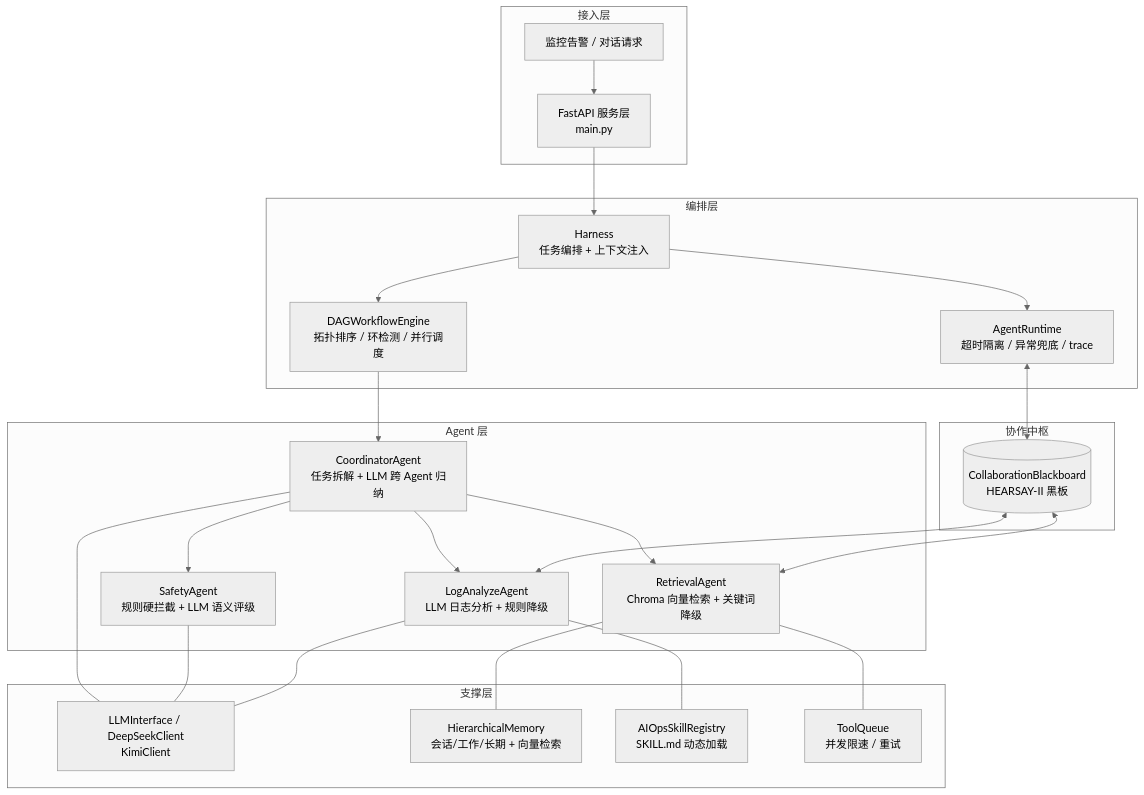
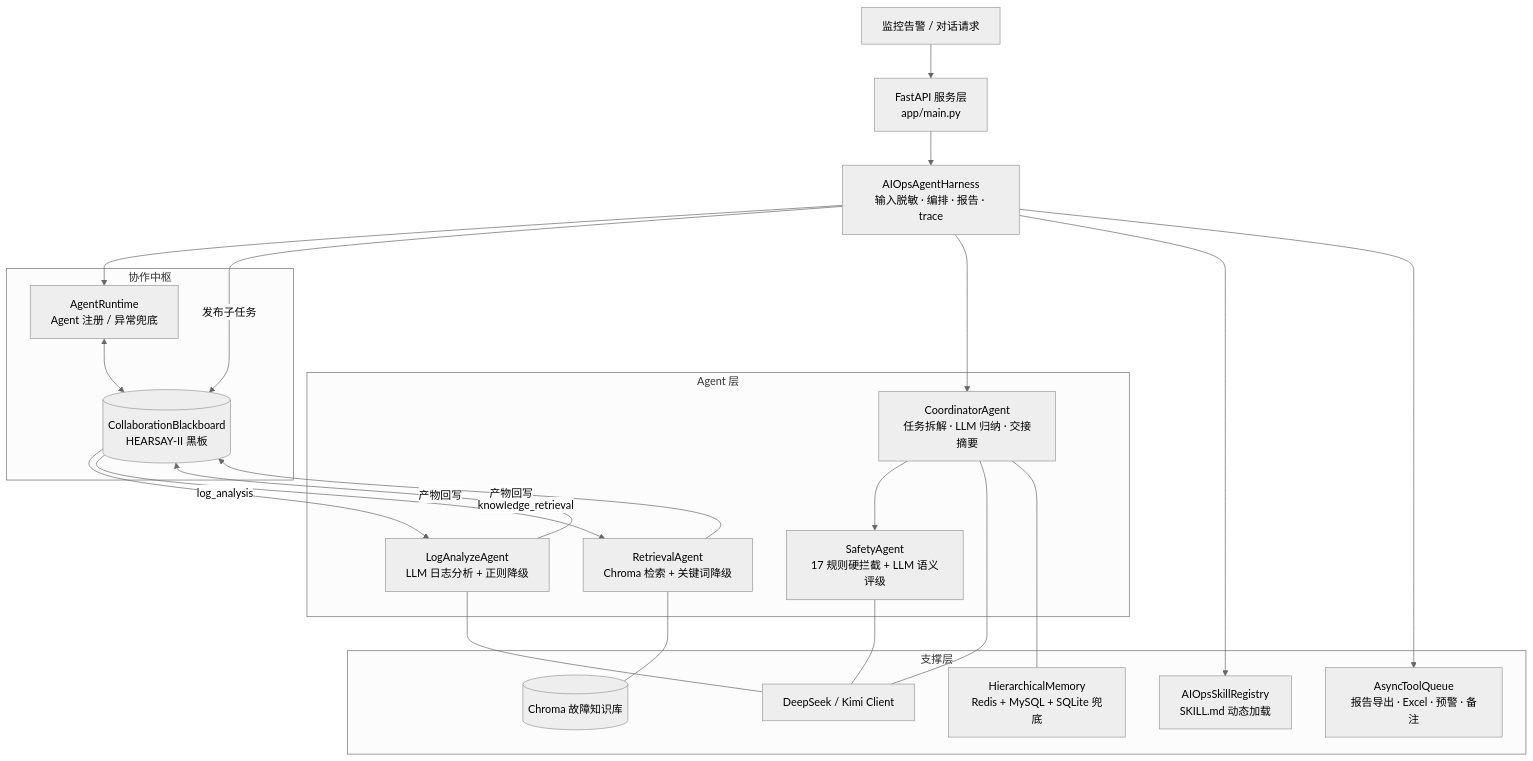
One commit to XIEXU0706/AIopsAgent changed the diagram in README.md. Above: the diagram before and after it, drawn with Mermaid (neutral theme). The commit also changed other lines of this file and 1 other file, not shown here.

````diff
--- a/README.md
+++ b/README.md
@@ -19,47 +24,44 @@
 ```mermaid
 flowchart TB
-    subgraph IN["接入层"]
-        AL[监控告警 / 对话请求]
-        API[FastAPI 服务层<br/>main.py]
+    AL[监控告警 / 对话请求] --> API[FastAPI 服务层<br/>app/main.py]
+    API --> HARNESS[AIOpsAgentHarness<br/>输入脱敏 · 编排 · 报告 · trace]
+
+    subgraph ORCH["协作中枢"]
+        RT[AgentRuntime<br/>Agent 注册 / 异常兜底]
+        CB[(CollaborationBlackboard<br/>HEARSAY-II 黑板)]
+        RT <--> CB
     end
 
-    subgraph ORCH["编排层"]
-        HARNESS[Harness<br/>任务编排 + 上下文注入]
-        RT[AgentRuntime<br/>超时隔离 / 异常兜底 / trace]
-        DAG[DAGWorkflowEngine<br/>拓扑排序 / 环检测 / 并行调度]
+    HARNESS --> RT
+    HARNESS -->|发布子任务| CB
+
+    subgraph AGENTS["Agent 层"]
+        COORD[CoordinatorAgent<br/>任务拆解 · LLM 归纳 · 交接摘要]
+        LOG[LogAnalyzeAgent<br/>LLM 日志分析 + 正则降级]
+        RET[RetrievalAgent<br/>Chroma 检索 + 关键词降级]
+        SAFE[SafetyAgent<br/>17 规则硬拦截 + LLM 语义评级]
     end
 
-    subgraph BB["协作中枢"]
-        CB[(CollaborationBlackboard<br/>HEARSAY-II 黑板)]
+    CB -->|log_analysis| LOG
+    CB -->|knowledge_retrieval| RET
+    LOG -->|产物回写| CB
+    RET -->|产物回写| CB
+    COORD --> SAFE
+    HARNESS --> COORD
+
+    subgraph SUPPORT["支撑层"]
+        LLM[DeepSeek / Kimi Client]
+        SKILL[AIOpsSkillRegistry<br/>SKILL.md 动态加载]
+        TOOL[AsyncToolQueue<br/>报告导出 · Excel · 预警 · 备注]
+        MEM[HierarchicalMemory<br/>Redis + MySQL + SQLite 兜底]
+        RAG[(Chroma 故障知识库)]
     end
 
-    subgraph AGENTS["Agent 层"]
-        COORD[CoordinatorAgent<br/>任务拆解 + LLM 跨 Agent 归纳]
-        LOG[LogAnalyzeAgent<br/>LLM 日志分析 + 规则降级]
-        RET[RetrievalAgent<br/>Chroma 向量检索 + 关键词降级]
-        SAFE[SafetyAgent<br/>规则硬拦截 + LLM 语义评级]
-    end
-
-    subgraph SUPPORT["支撑层"]
-        LLM[LLMInterface / DeepSeekClient<br/>KimiClient]
-        MEM[HierarchicalMemory<br/>会话/工作/长期 + 向量检索]
-        SKILL[AIOpsSkillRegistry<br/>SKILL.md 动态加载]
-        TOOL[ToolQueue<br/>并发限速 / 重试]
-    end
-
-    AL --> API --> HARNESS --> RT
-    HARNESS --> DAG
-    RT <--> CB
-    DAG --> COORD
-    CB <--> LOG
-    CB <--> RET
-    COORD --> SAFE
-    COORD --> LOG
-    COORD --> RET
     LOG --- LLM
-    RET --- MEM
+    COORD --- LLM
     SAFE --- LLM
-    COORD --- LLM
-    LOG --- SKILL
-    RET --- TOOL
+    RET --- RAG
+    COORD --- MEM
+    HARNESS --> SKILL
+    HARNESS --> TOOL
 ```
````
